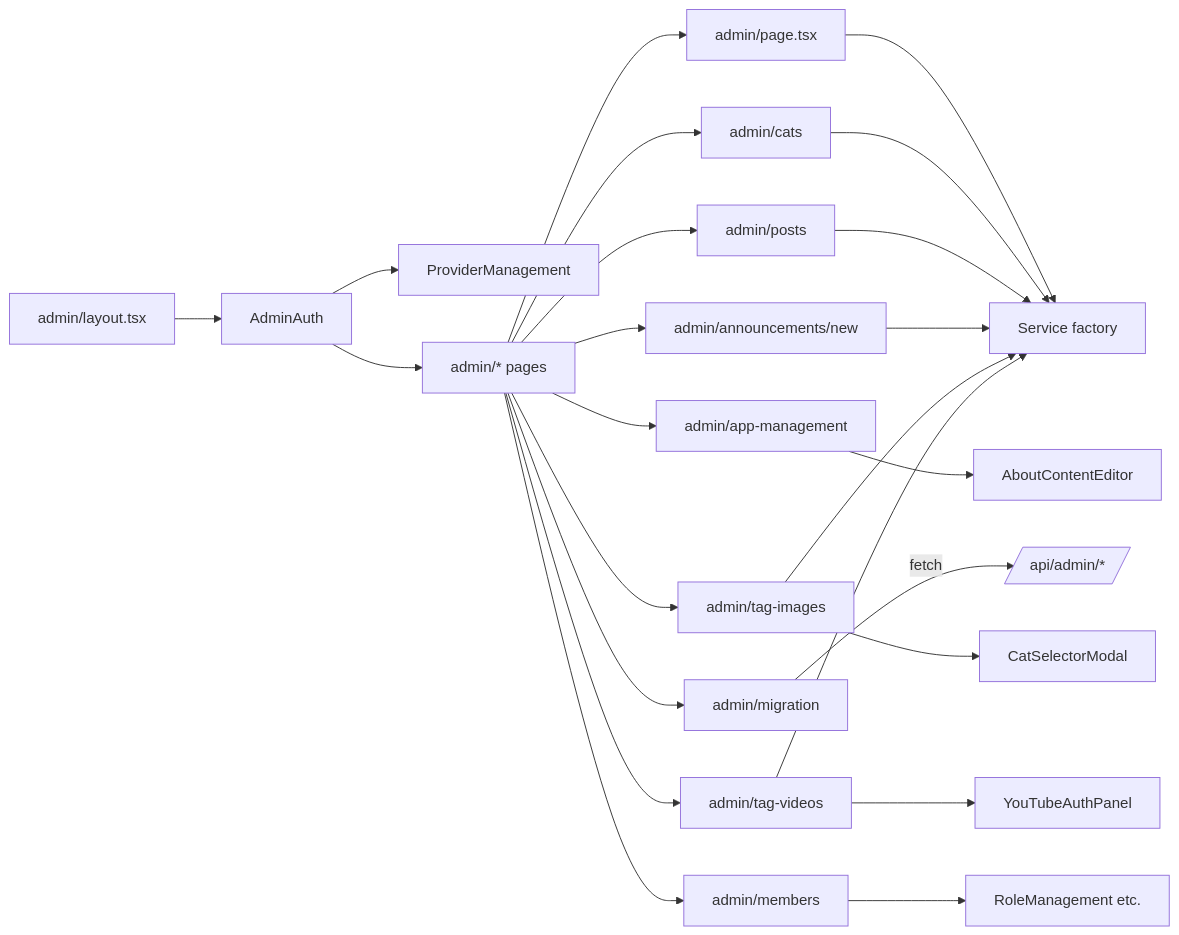
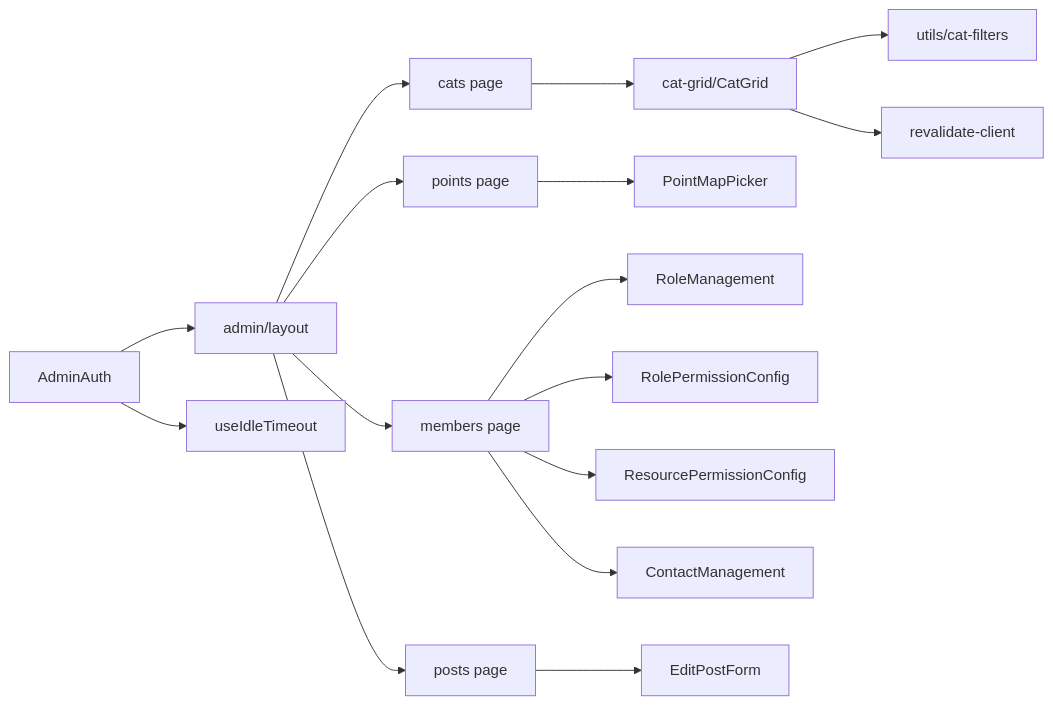
The second of 2 diagrams in docs/codebase/admin-platform.md (wwolfyy/mohocat), drawn with Mermaid before and after one commit. The commit also changed other lines of this file and 12 other files, not shown here.

````diff
--- a/docs/codebase/admin-platform.md
+++ b/docs/codebase/admin-platform.md
@@ -95,28 +46,18 @@
 ```mermaid
 graph LR
-    Layout[admin/layout.tsx] --> Auth[AdminAuth]
-    Auth --> ProviderMgmt[ProviderManagement]
-    Auth --> Children[admin/* pages]
-
-    Children --> Dashboard[admin/page.tsx]
-    Children --> Cats[admin/cats]
-    Children --> Posts[admin/posts]
-    Children --> Anno[admin/announcements/new]
-    Children --> AppMgmt[admin/app-management]
-    Children --> Migration[admin/migration]
-    Children --> TagI[admin/tag-images]
-    Children --> TagV[admin/tag-videos]
-    Children --> Members[admin/members]
-
-    Dashboard --> Services[Service factory]
-    Cats --> Services
-    Posts --> Services
-    Anno --> Services
-    TagI --> Services
-    TagI --> CSM[CatSelectorModal]
-    TagV --> Services
-    TagV --> YTPanel[YouTubeAuthPanel]
-    AppMgmt --> AboutEd[AboutContentEditor]
-    Members --> RoleMgmt[RoleManagement etc.]
-    Migration -->|fetch| AdminAPI[/api/admin/*/]
+    AdminAuth --> Layout[admin/layout]
+    Layout --> Cats[cats page]
+    Layout --> Points[points page]
+    Layout --> Posts[posts page]
+    Layout --> Members[members page]
+    Cats --> CatGrid[cat-grid/CatGrid]
+    CatGrid --> Filters[utils/cat-filters]
+    CatGrid --> Reval[revalidate-client]
+    Points --> MapPicker[PointMapPicker]
+    Members --> RoleMgmt[RoleManagement]
+    Members --> RoleCfg[RolePermissionConfig]
+    Members --> ResCfg[ResourcePermissionConfig]
+    Members --> Contact[ContactManagement]
+    Posts --> EditForm[EditPostForm]
+    AdminAuth --> Idle[useIdleTimeout]
 ```
````
